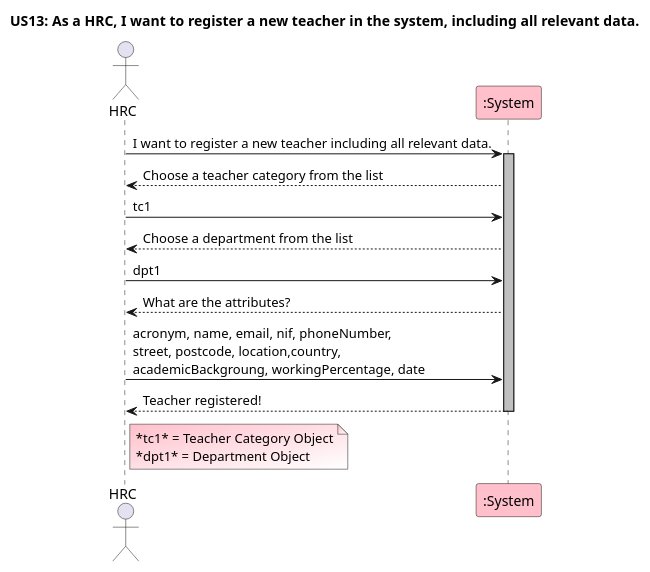
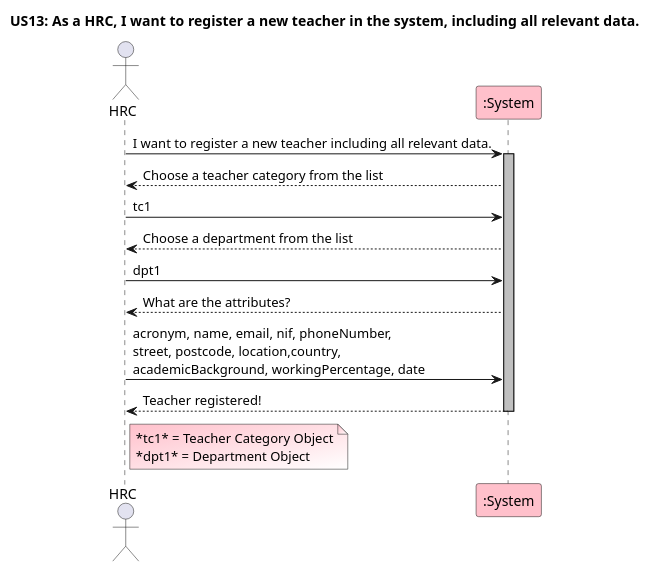
One commit to GasparISEP/DevOps-PAI changed the diagram in docs/sequenceDiagrams/US13/US13_RegisterNewTeacherIncludingAllRelevantDataSSD.puml. Above: the diagram before and after it, drawn with PlantUML. The commit also changed 3 other files, not shown here.

Commit message:
Made corrections to US13's Sequence Diagram and System Sequence Diagram, and corrections to Domain Diagram and Class Diagram

```diff
--- a/docs/sequenceDiagrams/US13/US13_RegisterNewTeacherIncludingAllRelevantDataSSD.puml
+++ b/docs/sequenceDiagrams/US13/US13_RegisterNewTeacherIncludingAllRelevantDataSSD.puml
@@ -1,24 +1,24 @@
 @startuml
 
 title US13: As a HRC, I want to register a new teacher in the system, including all relevant data.
 
 actor HRC
 participant ":System" as System #Pink
 
 HRC -> System: I want to register a new teacher including all relevant data.
 activate System #silver
 System --> HRC: Choose a teacher category from the list
 HRC -> System: tc1
 System --> HRC: Choose a department from the list
 HRC -> System: dpt1
 System --> HRC: What are the attributes?
-HRC -> System: acronym, name, email, nif, phoneNumber,\nstreet, postcode, location,country,\nacademicBackgroung, workingPercentage, date
+HRC -> System: acronym, name, email, nif, phoneNumber,\nstreet, postcode, location,country,\nacademicBackground, workingPercentage, date
 System --> HRC: Teacher registered!
 deactivate System
 
 
 Note Right HRC #Pink/White
     *tc1* = Teacher Category Object
     *dpt1* = Department Object
 End Note
 @enduml
```
